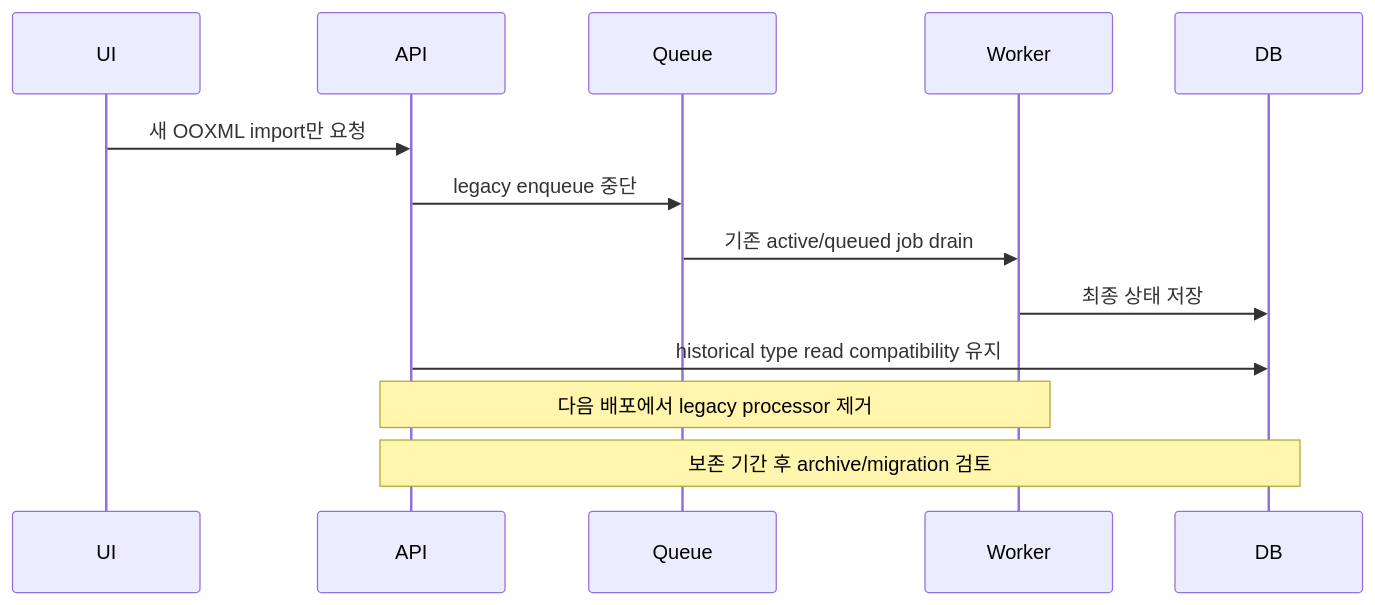
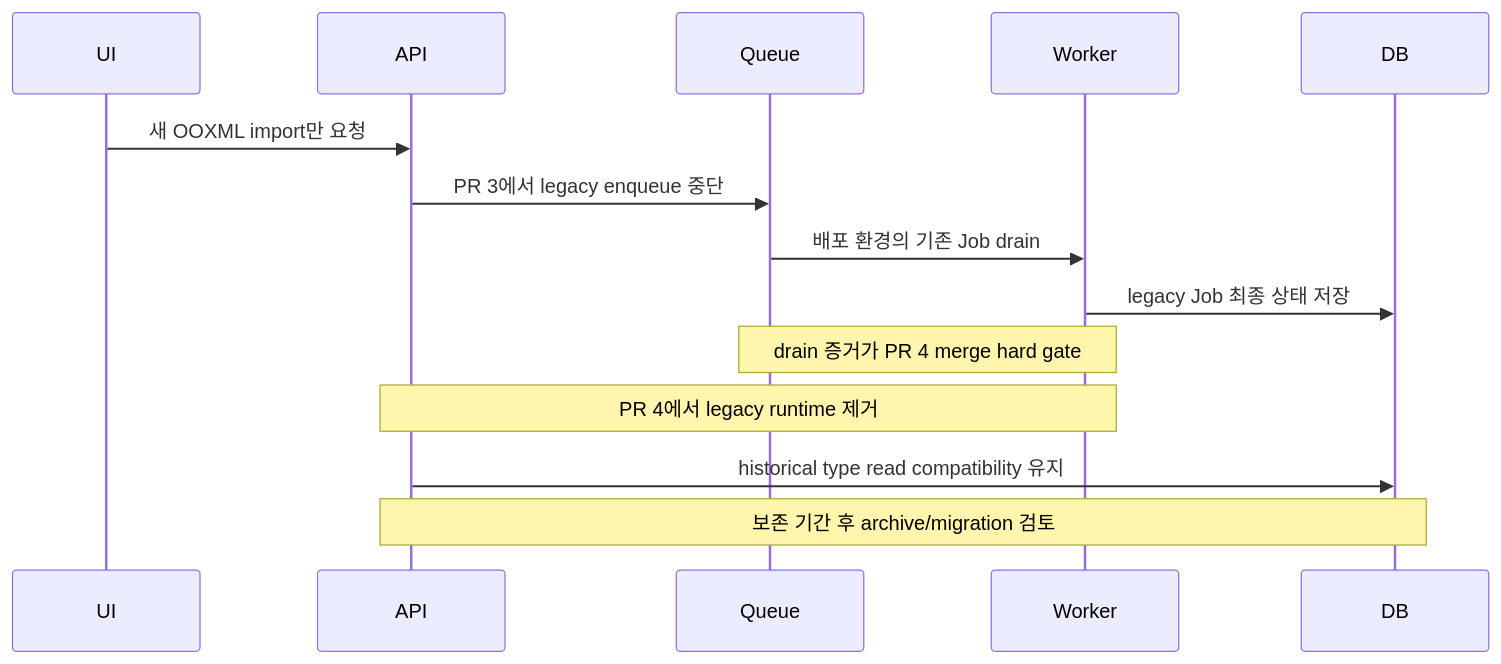
The seventh of 8 diagrams in docs/plans/generate-deck-separation-before-issue-338.md (na-man-mu-303-team2/Orbit), drawn with Mermaid before and after one commit. The commit also changed other lines of this file and 3 other files, not shown here.

````diff
--- a/docs/plans/generate-deck-separation-before-issue-338.md
+++ b/docs/plans/generate-deck-separation-before-issue-338.md
@@ -854,16 +856,17 @@
 ```mermaid
 sequenceDiagram
     participant UI
     participant API
     participant Queue
     participant Worker
     participant DB
 
     UI->>API: 새 OOXML import만 요청
-    API->>Queue: legacy enqueue 중단
-    Queue->>Worker: 기존 active/queued job drain
-    Worker->>DB: 최종 상태 저장
+    API->>Queue: PR 3에서 legacy enqueue 중단
+    Queue->>Worker: 배포 환경의 기존 Job drain
+    Worker->>DB: legacy Job 최종 상태 저장
+    Note over Queue,Worker: drain 증거가 PR 4 merge hard gate
+    Note over API,Worker: PR 4에서 legacy runtime 제거
     API->>DB: historical type read compatibility 유지
-    Note over API,Worker: 다음 배포에서 legacy processor 제거
     Note over API,DB: 보존 기간 후 archive/migration 검토
 ```
````
